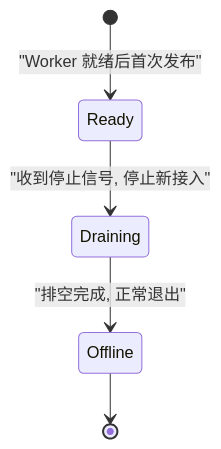
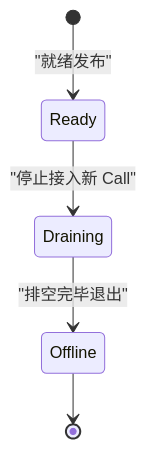
Before and after one commit to Everfold/Beamlet: the second of 4 diagrams in spec/04-protocol.md, drawn with Mermaid. The commit also changed other lines of this file and 8 other files, not shown here.

````diff
--- a/spec/04-protocol.md
+++ b/spec/04-protocol.md
@@ -35,7 +33,7 @@
 ```mermaid
 stateDiagram-v2
-    [*] --> Ready: "Worker 就绪后首次发布"
-    Ready --> Draining: "收到停止信号, 停止新接入"
-    Draining --> Offline: "排空完成, 正常退出"
+    [*] --> Ready: "就绪发布"
+    Ready --> Draining: "停止接入新 Call"
+    Draining --> Offline: "排空完毕退出"
     Offline --> [*]
 ```
````
